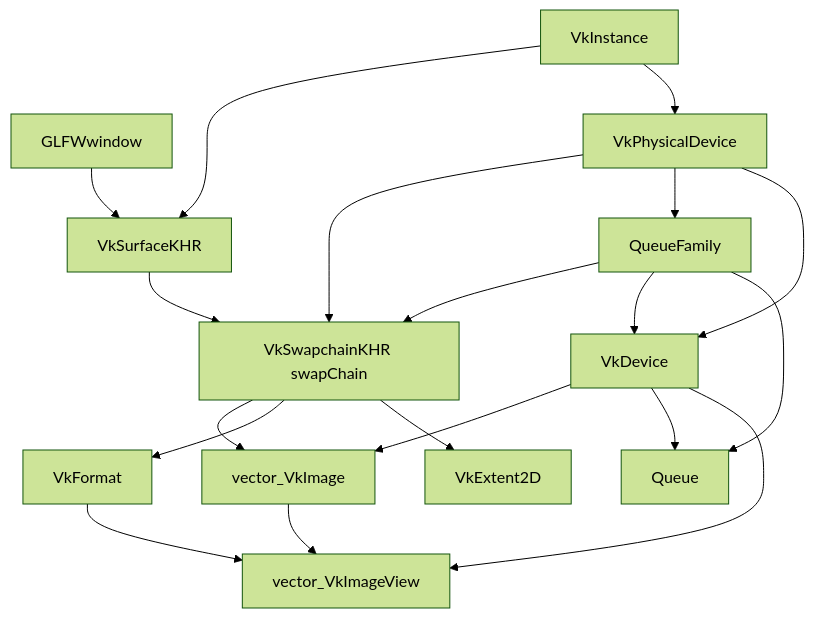
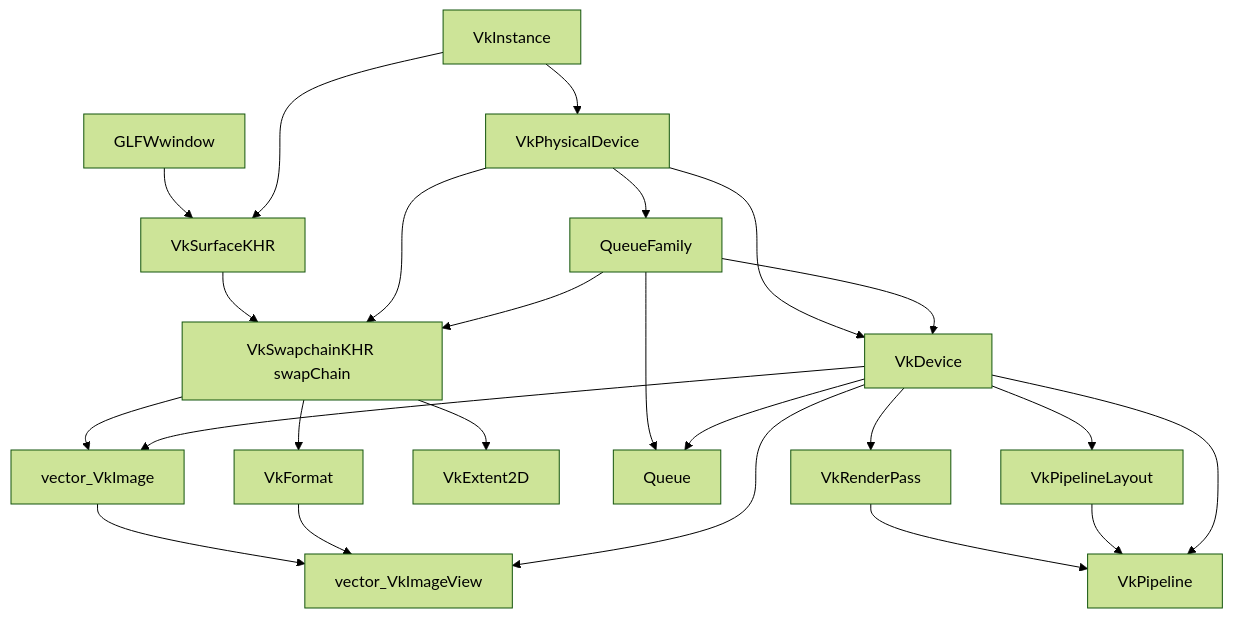
One commit to innewoat/VulkanLearning changed the diagram in note/类关系.md. Above: the diagram before and after it, drawn with Mermaid (forest theme). The commit also changed 1 other file, not shown here.

Commit message:
add pipeline

````diff
--- a/note/类关系.md
+++ b/note/类关系.md
@@ -1,21 +1,25 @@
 ```mermaid
 graph TD;
     A[GLFWwindow];
     B[VkInstance];
     C[VkSurfaceKHR];
     D[VkPhysicalDevice];
     E[VkSwapchainKHR swapChain];
     F[QueueFamily];
     G[VkDevice];
     H[vector_VkImage];
     I[VkFormat];
     J[VkExtent2D];
     K[Queue];
     L[vector_VkImageView];
+    M[VkRenderPass];
+    N[VkPipelineLayout];
+    O[VkPipeline];
 
     A-->C;B-->C;B-->D;C-->E;
     D-->E;D-->F;D-->G;F-->E;
     F-->G;E-->H;G-->H;E-->I;
     E-->J;F-->K;G-->K;H-->L;
-    I-->L;G-->L;
+    I-->L;G-->L;G-->M;G-->N;
+    M-->O;N-->O;G-->O;
 ```
````
